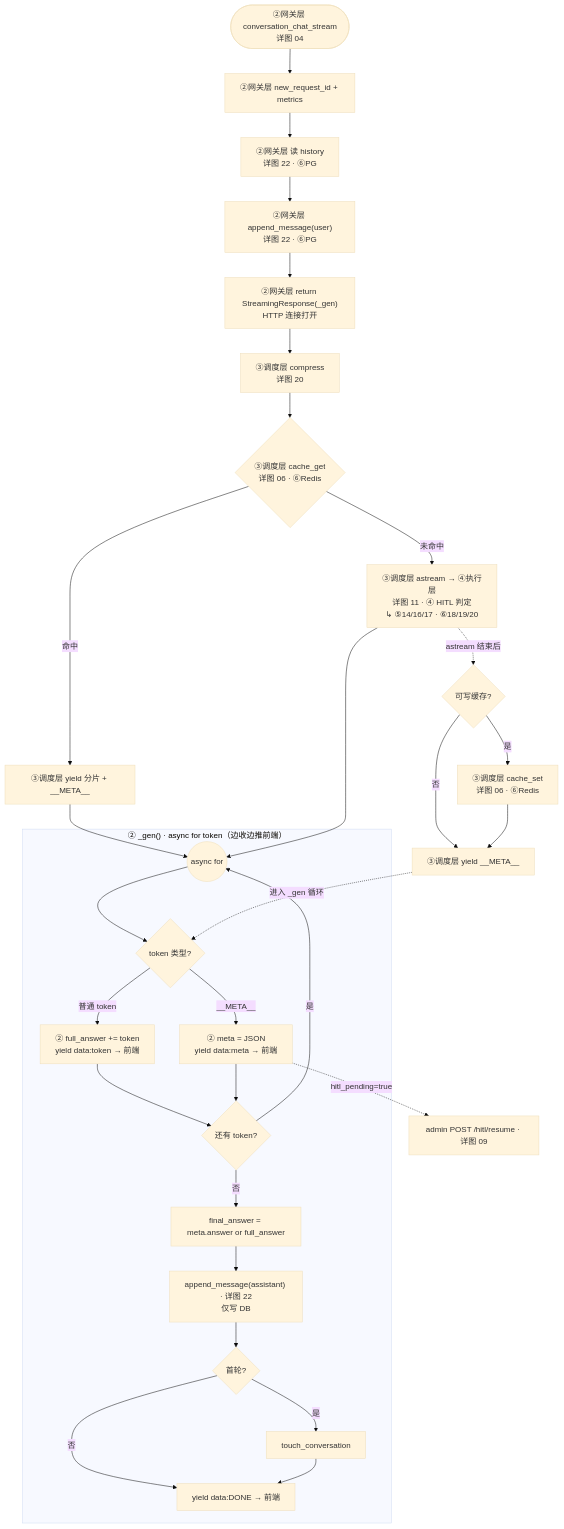
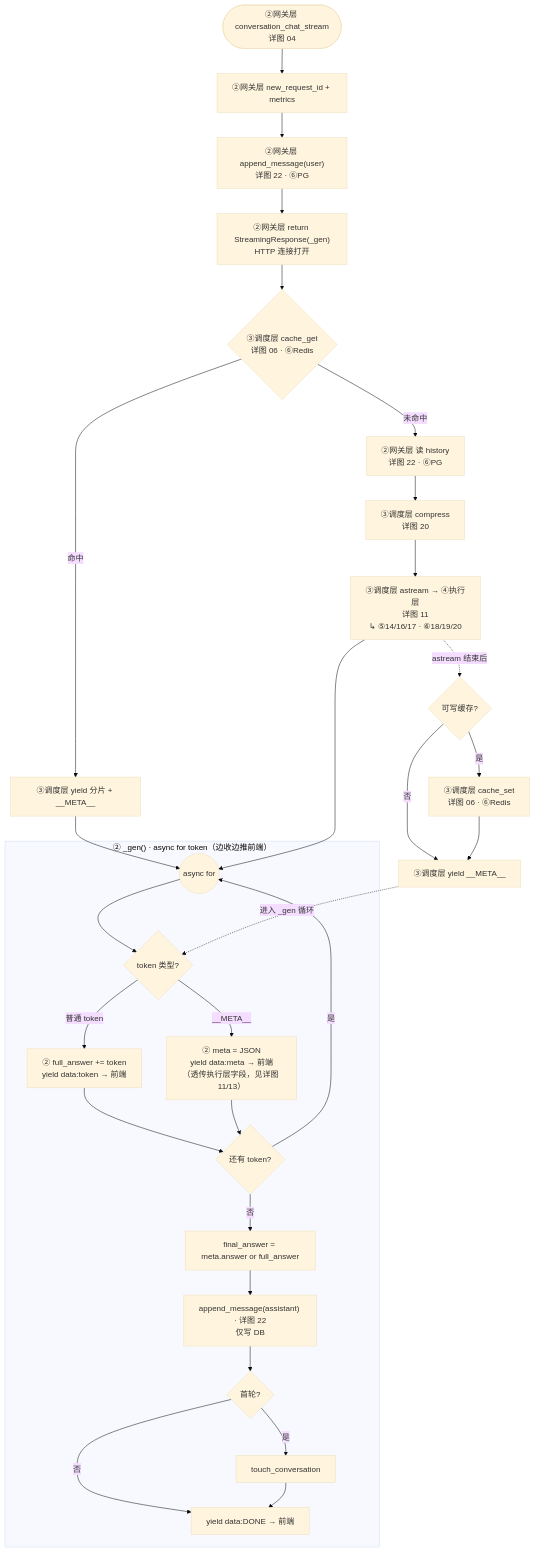
Before and after one commit to charlie-chann/ai-agent-langgraph-main: the diagram in project_00_rag_agent/docs/diagrams/source/08_ask_stream.mmd, drawn with Mermaid (base theme). The commit also changed 4 other files, not shown here.

```diff
--- a/project_00_rag_agent/docs/diagrams/source/08_ask_stream.mmd
+++ b/project_00_rag_agent/docs/diagrams/source/08_ask_stream.mmd
@@ -1,44 +1,42 @@
 flowchart TD
     START(["②网关层 conversation_chat_stream<br/>详图 04"]) --> RID["②网关层 new_request_id + metrics"]
-    RID --> LOAD["②网关层 读 history<br/>详图 22 · ⑥PG"]
-    LOAD --> UMSG["②网关层 append_message(user)<br/>详图 22 · ⑥PG"]
+    RID --> UMSG["②网关层 append_message(user)<br/>详图 22 · ⑥PG"]
     UMSG --> RESP["②网关层 return StreamingResponse(_gen)<br/>HTTP 连接打开"]
 
-    RESP --> A1["③调度层 compress<br/>详图 20"]
-    A1 --> A2{"③调度层 cache_get<br/>详图 06 · ⑥Redis"}
+    RESP --> A2{"③调度层 cache_get<br/>详图 06 · ⑥Redis"}
 
     A2 -->|命中| A2H["③调度层 yield 分片 + __META__"]
-    A2 -->|未命中| A3["③调度层 astream → ④执行层<br/>详图 11 · ④ HITL 判定<br/>↳ ⑤14/16/17 · ⑥18/19/20"]
+    A2 -->|未命中| LOAD["②网关层 读 history<br/>详图 22 · ⑥PG"]
+    LOAD --> A1["③调度层 compress<br/>详图 20"]
+    A1 --> A3["③调度层 astream → ④执行层<br/>详图 11<br/>↳ ⑤14/16/17 · ⑥18/19/20"]
 
     A2H --> LOOP
     A3 --> LOOP
 
     subgraph GEN["② _gen() · async for token（边收边推前端）"]
         LOOP((async for))
         LOOP --> KIND{token 类型?}
 
         KIND -->|普通 token| TOK["② full_answer += token<br/>yield data:token → 前端"]
-        KIND -->|__META__| META["② meta = JSON<br/>yield data:meta → 前端"]
+        KIND -->|__META__| META["② meta = JSON<br/>yield data:meta → 前端<br/>（透传执行层字段，见详图 11/13）"]
 
         TOK --> MORE{还有 token?}
         META --> MORE
         MORE -->|是| LOOP
         MORE -->|否| FINAL
 
         FINAL["final_answer = meta.answer or full_answer"]
         FINAL --> ASST["append_message(assistant) · 详图 22<br/>仅写 DB"]
         ASST --> TIT{首轮?}
         TIT -->|是| TITLE["touch_conversation"]
         TIT -->|否| DONE
         TITLE --> DONE["yield data:DONE → 前端"]
     end
 
     A3 -.->|astream 结束后| A5{可写缓存?}
     A5 -->|是| A6["③调度层 cache_set<br/>详图 06 · ⑥Redis"]
     A5 -->|否| A7["③调度层 yield __META__"]
     A6 --> A7
     A7 -.->|进入 _gen 循环| KIND
 
-    META -.->|hitl_pending=true| H09["admin POST /hitl/resume · 详图 09"]
-
-    %% 与 07 对齐：compress·20 → cache·06 → 执行；虚线=未命中路径 astream 结束后 cache_set→__META__
+    %% HITL 判定/interrupt 在 ④执行层（详图 11/13）；hitl_pending 仅经 __META__ 带给前端；续跑见详图 09（独立 HTTP，不在本图展开）
```
